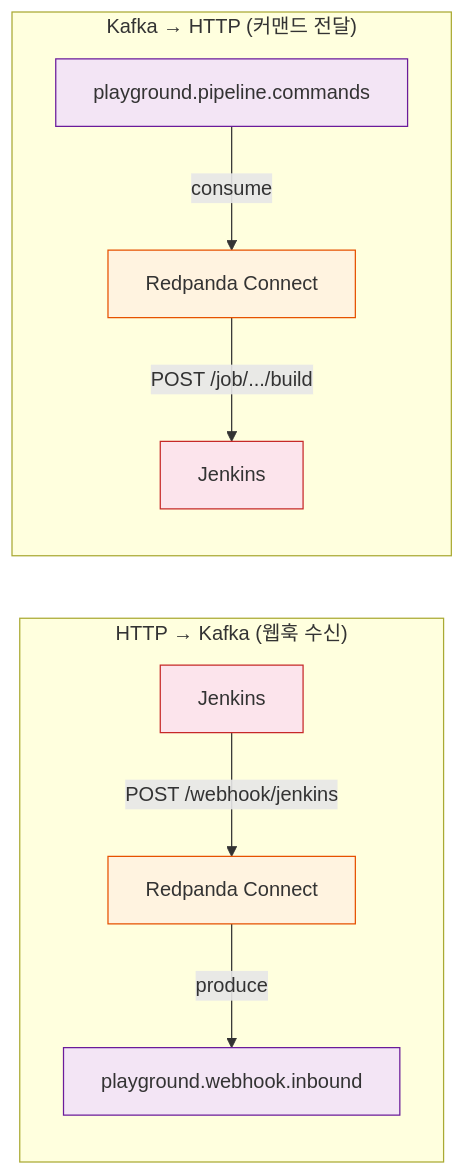
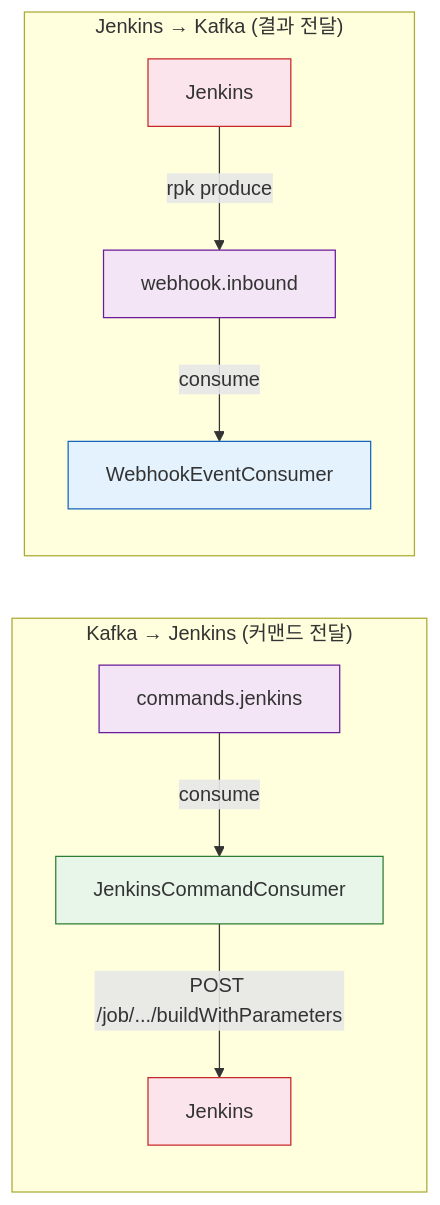
Diagram 12 of 13 in docs/domain-guide.md (scofe97/Redpanda-PlayGround), drawn with Mermaid before and after one commit. The commit also changed other lines of this file and 25 other files, not shown here.

````diff
--- a/docs/domain-guide.md
+++ b/docs/domain-guide.md
@@ -618,18 +623,18 @@
 ```mermaid
 flowchart LR
-    subgraph "HTTP → Kafka (웹훅 수신)"
-        J1[Jenkins] -->|POST /webhook/jenkins| RC1[Redpanda Connect]
-        RC1 -->|produce| K1[playground.webhook.inbound]
+    subgraph "Kafka → Jenkins (커맨드 전달)"
+        K2[commands.jenkins] -->|consume| JCC[JenkinsCommandConsumer]
+        JCC -->|POST /job/.../buildWithParameters| J2[Jenkins]
     end
-    subgraph "Kafka → HTTP (커맨드 전달)"
-        K2[playground.pipeline.commands] -->|consume| RC2[Redpanda Connect]
-        RC2 -->|POST /job/.../build| J2[Jenkins]
+    subgraph "Jenkins → Kafka (결과 전달)"
+        J1[Jenkins] -->|rpk produce| K1[webhook.inbound]
+        K1 -->|consume| WEC[WebhookEventConsumer]
     end
 
     style J1 fill:#fce4ec,stroke:#c62828,color:#333
     style J2 fill:#fce4ec,stroke:#c62828,color:#333
-    style RC1 fill:#fff3e0,stroke:#e65100,color:#333
-    style RC2 fill:#fff3e0,stroke:#e65100,color:#333
+    style JCC fill:#e8f5e9,stroke:#2e7d32,color:#333
+    style WEC fill:#e3f2fd,stroke:#1565c0,color:#333
     style K1 fill:#f3e5f5,stroke:#6a1b9a,color:#333
     style K2 fill:#f3e5f5,stroke:#6a1b9a,color:#333
 ```
````
